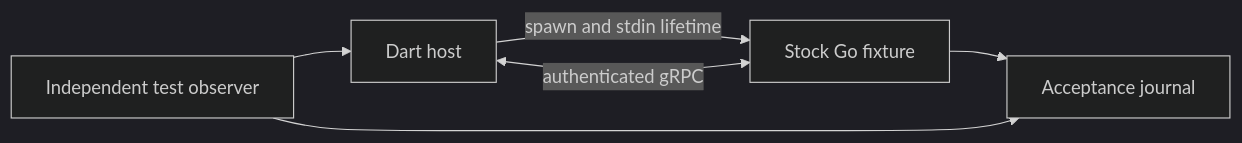
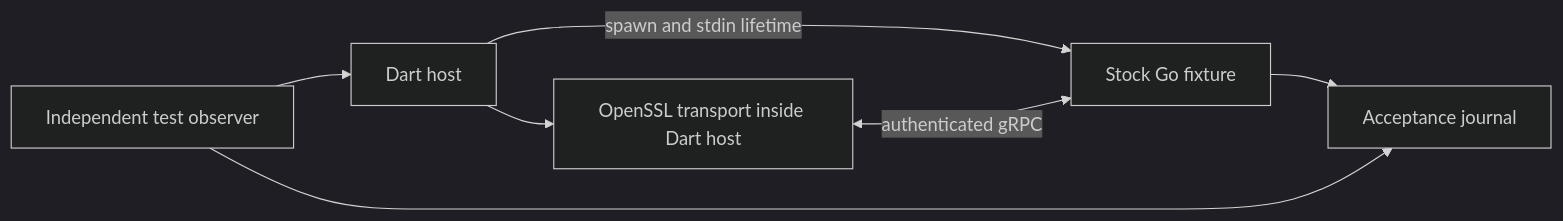
One commit to sh1ny/correlia changed the first of 4 diagrams in openspec/changes/plugin-host-spike/design.md. Above: the diagram before and after it, drawn with Mermaid (dark theme). The commit also changed other lines of this file and 3 other files, not shown here.

````diff
--- a/openspec/changes/plugin-host-spike/design.md
+++ b/openspec/changes/plugin-host-spike/design.md
@@ -85,8 +102,9 @@
 ```mermaid
 flowchart LR
   O[Independent test observer] --> H[Dart host]
   H -->|spawn and stdin lifetime| G[Stock Go fixture]
-  H <-->|authenticated gRPC| G
+  H --> T[OpenSSL transport inside Dart host]
+  T <-->|authenticated gRPC| G
   G --> J[Acceptance journal]
   O --> J
 ```
````
